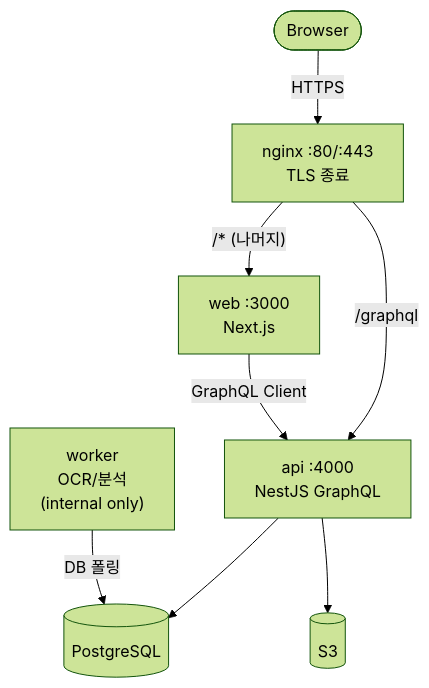
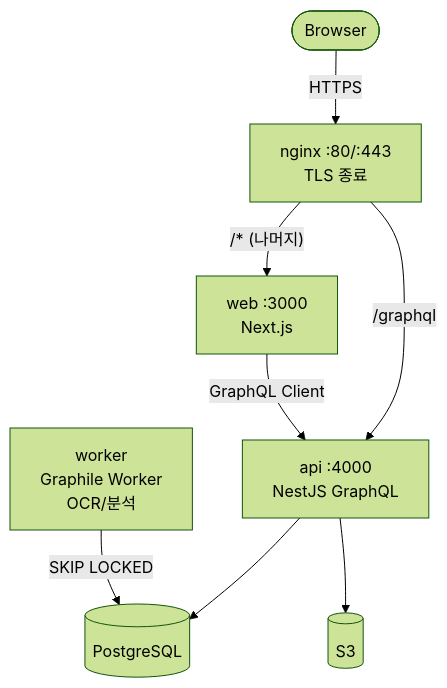
One commit to leejh14/play-note changed the first of 4 diagrams in docs/시스템디자인.md. Above: the diagram before and after it, drawn with Mermaid (forest theme). The commit also changed other lines of this file and 1 other file, not shown here.

Commit message:
docs: 업데이트된 OCR/분석 파이프라인 및 Graphile Worker 설계 반영, ExtractionResult로 모델 변경

````diff
--- a/docs/시스템디자인.md
+++ b/docs/시스템디자인.md
@@ -59,12 +62,12 @@
 ```mermaid
 graph TD
     Client([Browser]) -->|HTTPS| Nginx["nginx :80/:443<br/>TLS 종료"]
 
     Nginx -->|"/graphql"| API["api :4000<br/>NestJS GraphQL"]
     Nginx -->|"/* (나머지)"| Web["web :3000<br/>Next.js"]
 
     Web -->|GraphQL Client| API
     API --> PG[(PostgreSQL)]
     API --> S3[(S3)]
-    Worker["worker<br/>OCR/분석<br/>(internal only)"] -->|DB 폴링| PG
+    Worker["worker<br/>Graphile Worker<br/>OCR/분석"] -->|SKIP LOCKED| PG
 ```
````
